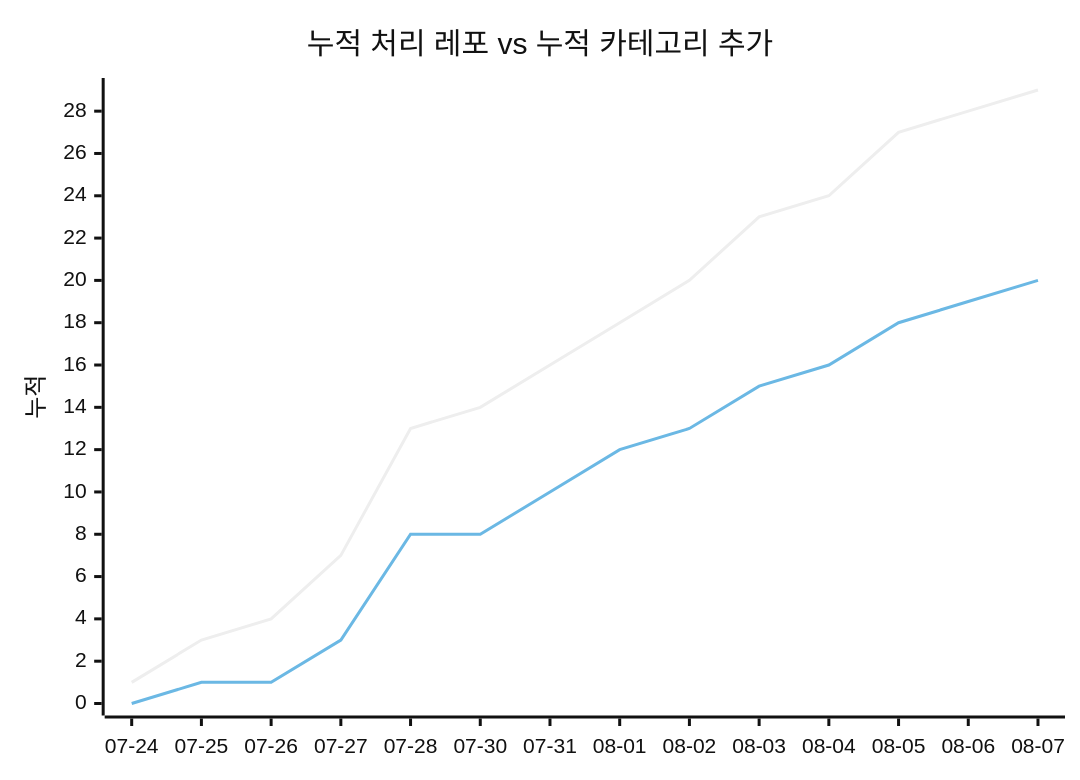
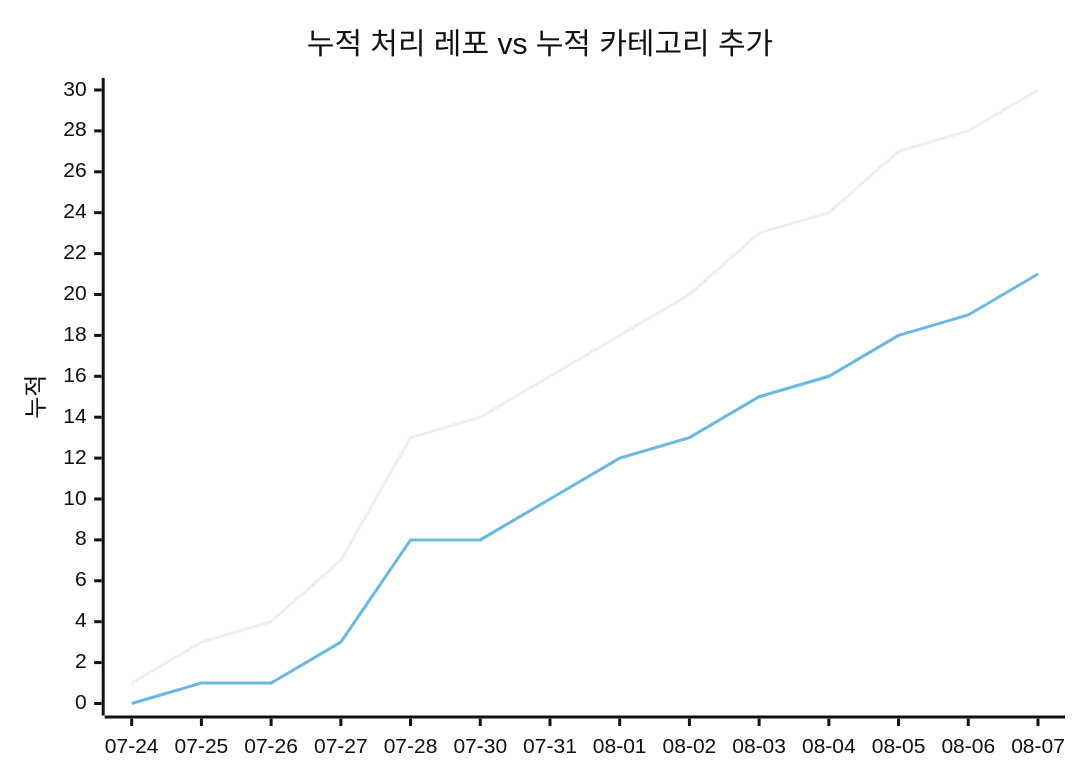
One commit to J-nowcow/awesome-korean-agent-skills changed the second of 2 diagrams in docs/trends.md. Above: the diagram before and after it, drawn with Mermaid (neutral theme). The commit also changed other lines of this file and 4 other files, not shown here.

````diff
--- a/docs/trends.md
+++ b/docs/trends.md
@@ -68,8 +68,8 @@
 ```mermaid
 xychart-beta
     title "누적 처리 레포 vs 누적 카테고리 추가"
     x-axis ["07-24","07-25","07-26","07-27","07-28","07-30","07-31","08-01","08-02","08-03","08-04","08-05","08-06","08-07"]
     y-axis "누적"
-    line [1,3,4,7,13,14,16,18,20,23,24,27,28,29]
-    line [0,1,1,3,8,8,10,12,13,15,16,18,19,20]
+    line [1,3,4,7,13,14,16,18,20,23,24,27,28,30]
+    line [0,1,1,3,8,8,10,12,13,15,16,18,19,21]
 ```
````
